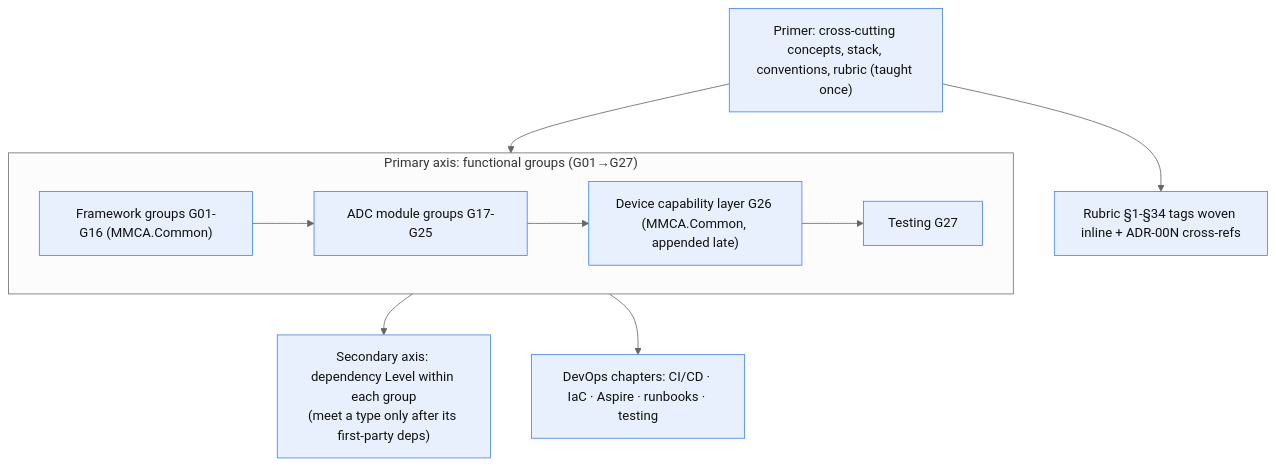
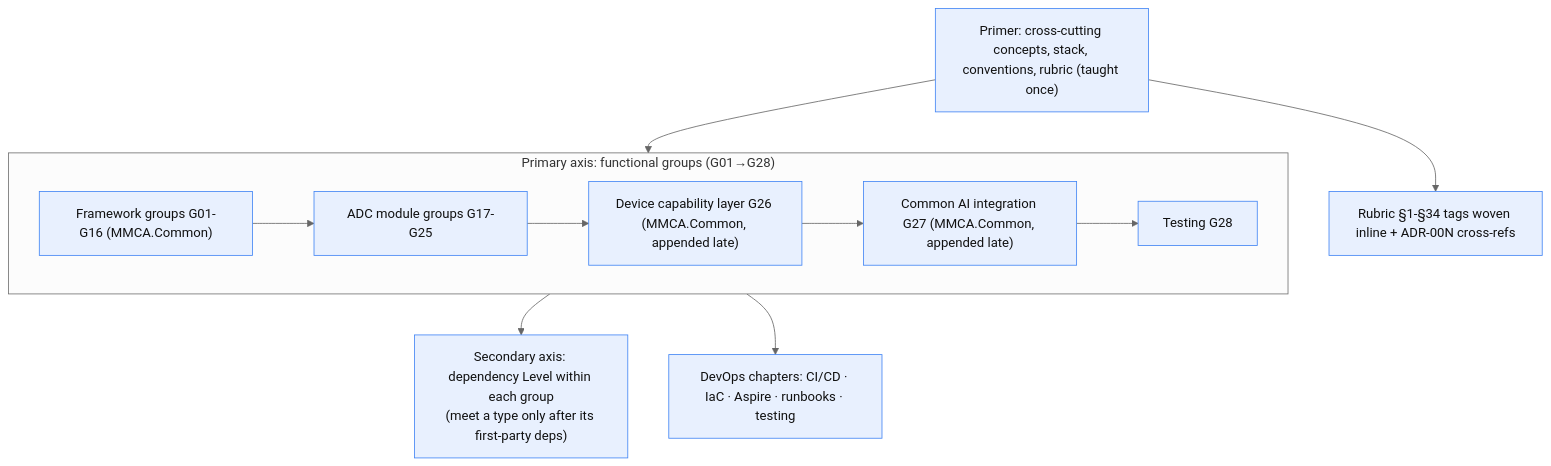
Diagram 15 of 15 in docs-src/onboarding/CONCEPT-MAPS.md (ivanball/ivanball.github.io), drawn with Mermaid (neutral theme) before and after one commit. The commit also changed other lines of this file and 83 other files, not shown here.

First line of the commit message:
docs(onboarding): 2026-09-14 full drift sweep, new group G28 Common AI Integration, testing chapter renumbered to 28 (#185)

````diff
--- a/docs-src/onboarding/CONCEPT-MAPS.md
+++ b/docs-src/onboarding/CONCEPT-MAPS.md
@@ -887,25 +895,26 @@
 ```mermaid
 flowchart TD
     PRIMER["Primer: cross-cutting concepts, stack, conventions, rubric (taught once)"]
 
-    subgraph AXIS1["Primary axis: functional groups (G01→G27)"]
+    subgraph AXIS1["Primary axis: functional groups (G01→G28)"]
         FW["Framework groups G01-G16 (MMCA.Common)"]
         ADCG["ADC module groups G17-G25"]
         CAPG["Device capability layer G26 (MMCA.Common, appended late)"]
-        TESTG["Testing G27"]
-        FW --> ADCG --> CAPG --> TESTG
+        AIG["Common AI integration G27 (MMCA.Common, appended late)"]
+        TESTG["Testing G28"]
+        FW --> ADCG --> CAPG --> AIG --> TESTG
     end
 
     AXIS2["Secondary axis: dependency Level within each group<br/>(meet a type only after its first-party deps)"]
 
     LENS["Rubric §1-§34 tags woven inline + ADR-00N cross-refs"]
     DEVOPS["DevOps chapters: CI/CD · IaC · Aspire · runbooks · testing"]
 
     PRIMER --> AXIS1
     PRIMER --> LENS
     AXIS1 --> AXIS2
     AXIS1 --> DEVOPS
 
     classDef m fill:#e8f0fe,stroke:#4285f4,color:#111
-    class PRIMER,FW,ADCG,CAPG,TESTG,AXIS2,LENS,DEVOPS m
+    class PRIMER,FW,ADCG,CAPG,AIG,TESTG,AXIS2,LENS,DEVOPS m
 ```
````
